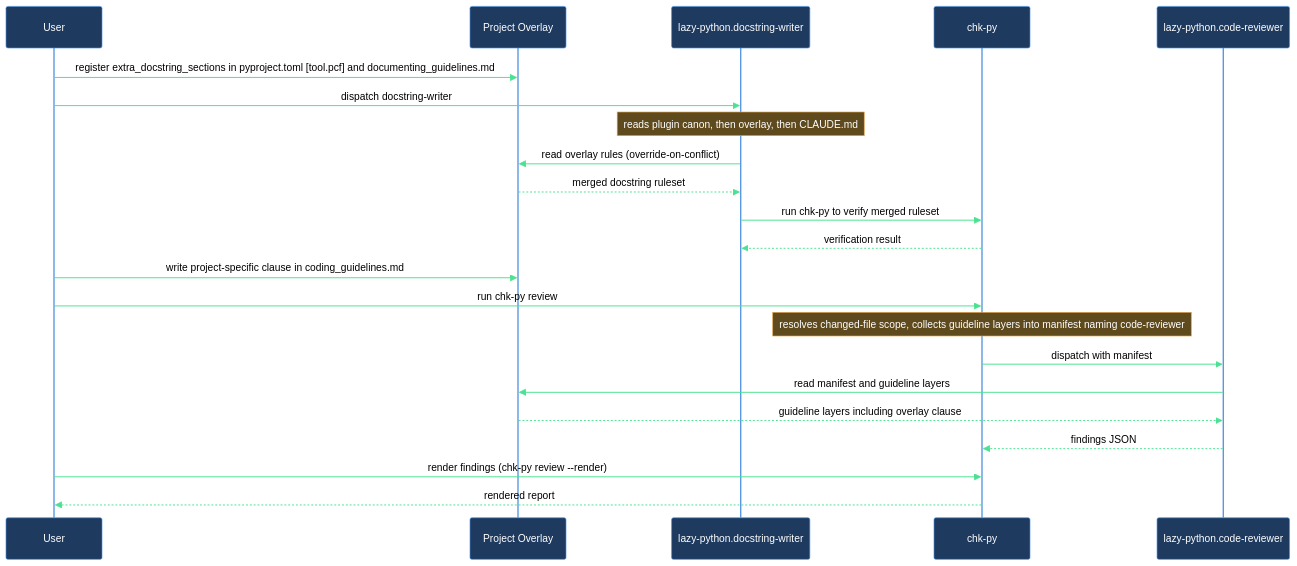
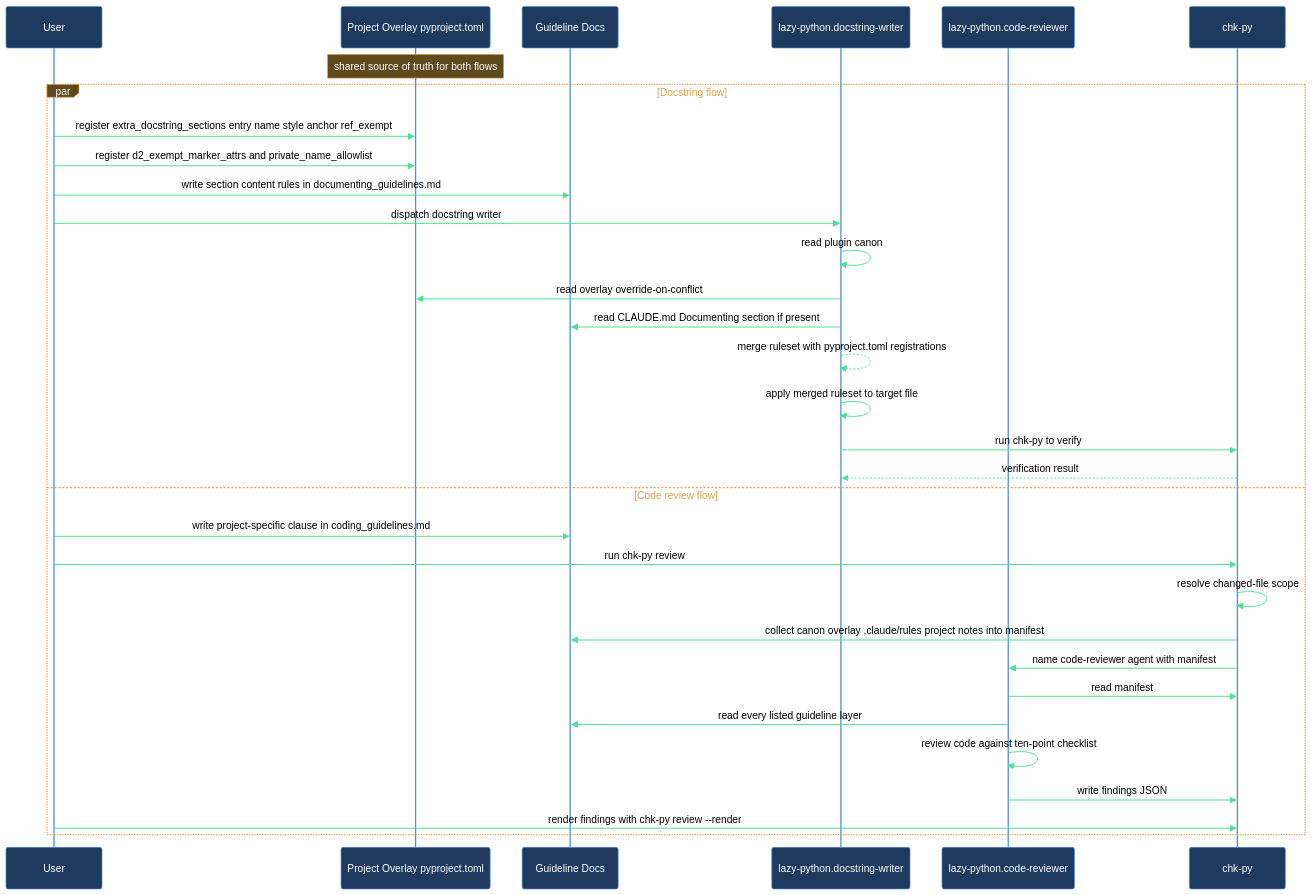
One commit to mebius-san/lazy-cortex changed the diagram in claude/lazycortex-python/help/walkthroughs/add-project-overlay.md. Above: the diagram before and after it, drawn with Mermaid. The commit also changed other lines of this file and 21 other files, not shown here.

````diff
--- a/claude/lazycortex-python/help/walkthroughs/add-project-overlay.md
+++ b/claude/lazycortex-python/help/walkthroughs/add-project-overlay.md
@@ -154,27 +164,37 @@
 ```mermaid
 %%{init: {'themeVariables':{'background':'transparent','primaryColor':'#1e3a5f','primaryBorderColor':'#4a90e2','primaryTextColor':'#fff','lineColor':'#4ae290','actorBkg':'#1e3a5f','actorBorder':'#4a90e2','actorTextColor':'#fff','actorLineColor':'#4a90e2','signalColor':'#4ae290','signalTextColor':'#000','noteBkgColor':'#5f4a1e','noteBorderColor':'#e2a14a','noteTextColor':'#fff','labelBoxBkgColor':'#5f4a1e','labelBoxBorderColor':'#e2a14a','labelTextColor':'#fff','loopTextColor':'#e2a14a'},'sequence':{'diagramPadding':5,'useMaxWidth':true}}}%%
 sequenceDiagram
   participant user as User
-  participant overlay as Project Overlay
-  participant docstringWriter as lazy-python.docstring-writer
-  participant chkPy as chk-py
-  participant codeReviewer as lazy-python.code-reviewer
+  participant overlay as Project Overlay pyproject.toml
+  participant guidelines as Guideline Docs
+  participant writer as lazy-python.docstring-writer
+  participant reviewer as lazy-python.code-reviewer
+  participant chkpy as chk-py
 
-  user->>overlay: register extra_docstring_sections in pyproject.toml [tool.pcf] and documenting_guidelines.md
-  user->>docstringWriter: dispatch docstring-writer
-  Note over docstringWriter: reads plugin canon, then overlay, then CLAUDE.md
-  docstringWriter->>overlay: read overlay rules (override-on-conflict)
-  overlay-->>docstringWriter: merged docstring ruleset
-  docstringWriter->>chkPy: run chk-py to verify merged ruleset
-  chkPy-->>docstringWriter: verification result
+  Note over overlay: shared source of truth for both flows
 
-  user->>overlay: write project-specific clause in coding_guidelines.md
-  user->>chkPy: run chk-py review
-  Note over chkPy: resolves changed-file scope, collects guideline layers into manifest naming code-reviewer
-  chkPy->>codeReviewer: dispatch with manifest
-  codeReviewer->>overlay: read manifest and guideline layers
-  overlay-->>codeReviewer: guideline layers including overlay clause
-  codeReviewer-->>chkPy: findings JSON
-  user->>chkPy: render findings (chk-py review --render)
-  chkPy-->>user: rendered report
+  par Docstring flow
+    user->>overlay: register extra_docstring_sections entry name style anchor ref_exempt
+    user->>overlay: register d2_exempt_marker_attrs and private_name_allowlist
+    user->>guidelines: write section content rules in documenting_guidelines.md
+    user->>writer: dispatch docstring writer
+    writer->>writer: read plugin canon
+    writer->>overlay: read overlay override-on-conflict
+    writer->>guidelines: read CLAUDE.md Documenting section if present
+    writer-->>writer: merge ruleset with pyproject.toml registrations
+    writer->>writer: apply merged ruleset to target file
+    writer->>chkpy: run chk-py to verify
+    chkpy-->>writer: verification result
+  and Code review flow
+    user->>guidelines: write project-specific clause in coding_guidelines.md
+    user->>chkpy: run chk-py review
+    chkpy->>chkpy: resolve changed-file scope
+    chkpy->>guidelines: collect canon overlay .claude/rules project notes into manifest
+    chkpy->>reviewer: name code-reviewer agent with manifest
+    reviewer->>chkpy: read manifest
+    reviewer->>guidelines: read every listed guideline layer
+    reviewer->>reviewer: review code against ten-point checklist
+    reviewer->>chkpy: write findings JSON
+    user->>chkpy: render findings with chk-py review --render
+  end
 ```
````
